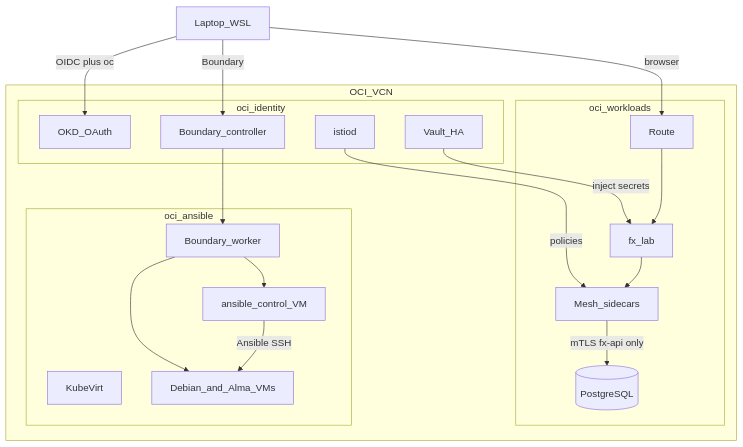
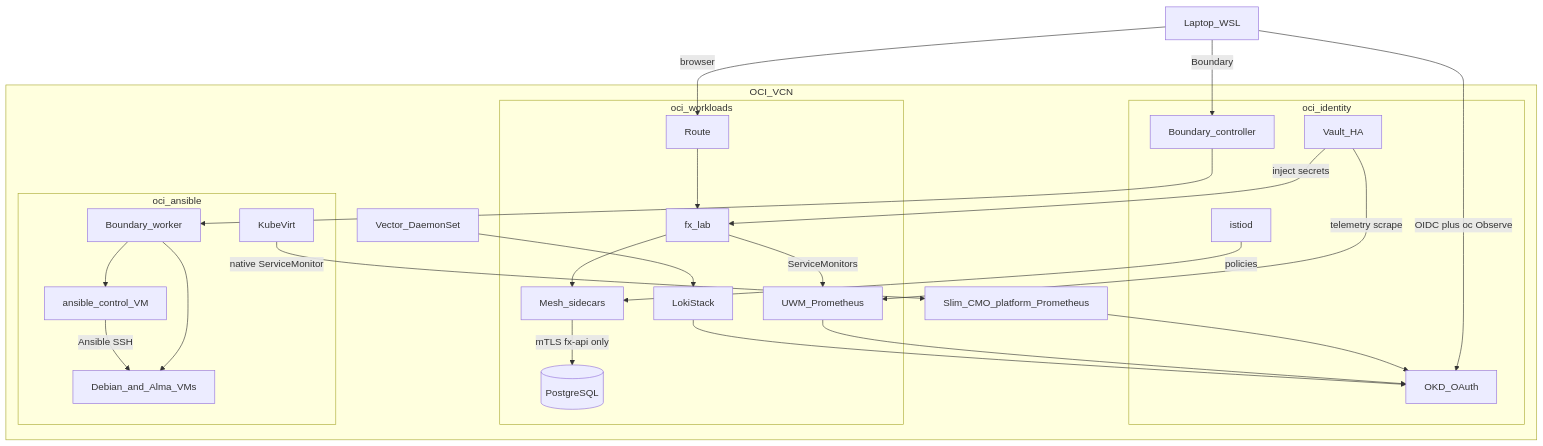
Before and after one commit to sfd-markets/cv: the second of 8 diagrams in _portfolio/vps-devops-lab.md, drawn with Mermaid. The commit also changed other lines of this file, not shown here.

````diff
--- a/_portfolio/vps-devops-lab.md
+++ b/_portfolio/vps-devops-lab.md
@@ -110,42 +127,54 @@
 ```mermaid
 flowchart TB
   laptop[Laptop_WSL]
 
   subgraph oci [OCI_VCN]
     subgraph id [oci_identity]
       oauth[OKD_OAuth]
       vault[Vault_HA]
       boundary[Boundary_controller]
       meshC[istiod]
     end
 
     subgraph wl [oci_workloads]
       fx[fx_lab]
       route[Route]
       pg[(PostgreSQL)]
       meshD[Mesh_sidecars]
+      uwm[UWM_Prometheus]
+      loki[LokiStack]
     end
 
     subgraph an [oci_ansible]
       kv[KubeVirt]
       ctrl[ansible_control_VM]
       targets[Debian_and_Alma_VMs]
       bW[Boundary_worker]
     end
+
+    cmo[Slim_CMO_platform_Prometheus]
+    vector[Vector_DaemonSet]
   end
 
-  laptop -->|"OIDC plus oc"| oauth
+  laptop -->|"OIDC plus oc Observe"| oauth
   laptop -->|"Boundary"| boundary
   laptop -->|"browser"| route
 
   boundary --> bW
   bW --> ctrl
   bW --> targets
 
   vault -->|"inject secrets"| fx
   meshC -->|"policies"| meshD
   fx --> meshD
   meshD -->|"mTLS fx-api only"| pg
   route --> fx
   ctrl -->|"Ansible SSH"| targets
+  kv -->|"native ServiceMonitor"| cmo
+  fx -->|"ServiceMonitors"| uwm
+  vault -->|"telemetry scrape"| uwm
+  vector --> loki
+  cmo --> oauth
+  uwm --> oauth
+  loki --> oauth
 ```
````
